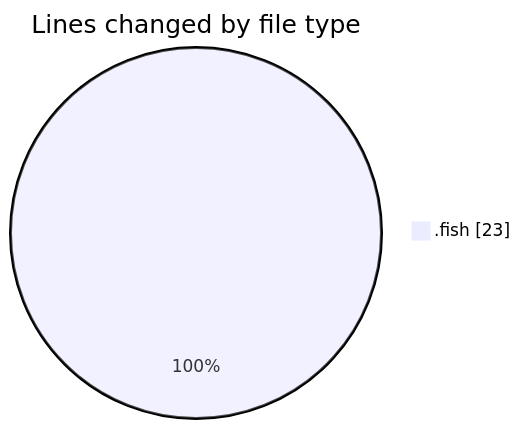
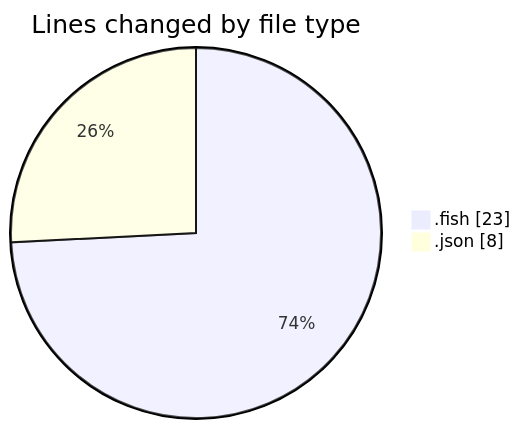
The first of 2 diagrams in 2025-07-11/fish/README.md (EIIisD/code-tracking), drawn with Mermaid before and after one commit. The commit also changed other lines of this file and 1 other file, not shown here.

````diff
--- a/2025-07-11/fish/README.md
+++ b/2025-07-11/fish/README.md
@@ -20,5 +21,6 @@
 ```mermaid
 pie showData
 title Lines changed by file type
 ".fish" : 23
+".json" : 8
 ```
````
